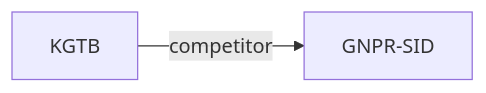
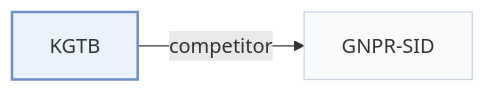
The second of 2 diagrams in pages/papers/kgtb.md (Galaxy-ghost/Awesome-SID-Generative-Rec), drawn with Mermaid before and after one commit. The commit also changed other lines of this file and 649 other files, not shown here.

Commit message:
writer-05: also tags and modality index (schema, check, build, visuals); summary field removed; calibration data for 12 papers

````diff
--- a/pages/papers/kgtb.md
+++ b/pages/papers/kgtb.md
@@ -70,5 +73,9 @@
 ```mermaid
 flowchart LR
     P["KGTB"]
-    P -->|competitor| A["GNPR-SID"]
+    P -->|"competitor"| A["GNPR-SID"]
+    classDef main fill:#eaf2fb,stroke:#6b8fc7,stroke-width:2px
+    classDef peer fill:#f8fafc,stroke:#cbd5e1
+    class P main
+    class A peer
 ```
````
